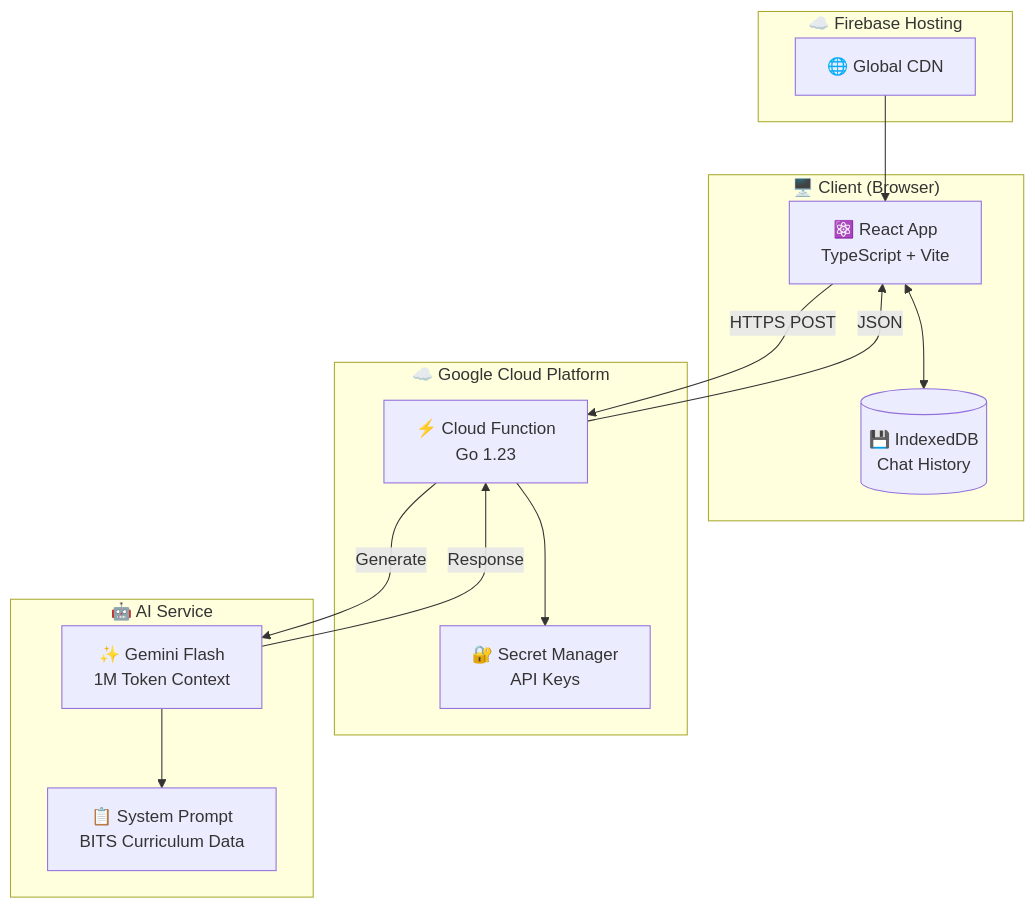
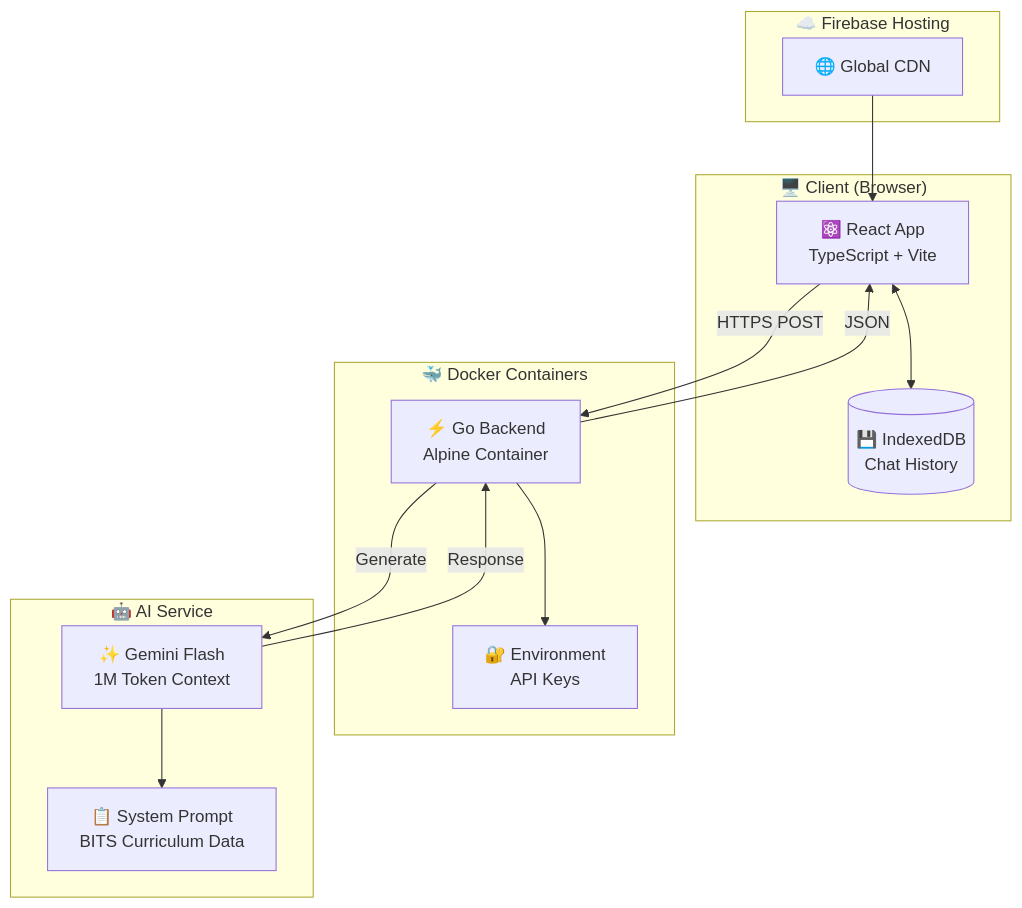
Before and after one commit to Xeze-org/Anie-Ai: the first of 3 diagrams in readme.md, drawn with Mermaid. The commit also changed other lines of this file and 5 other files, not shown here.

````diff
--- a/readme.md
+++ b/readme.md
@@ -172,30 +172,30 @@
 ```mermaid
 flowchart TB
     subgraph Client["🖥️ Client (Browser)"]
         UI["⚛️ React App<br/>TypeScript + Vite"]
         IDB[("💾 IndexedDB<br/>Chat History")]
         UI <--> IDB
     end
     
-    subgraph Firebase["☁️ Firebase Hosting"]
+    subgraph Hosting["☁️ Firebase Hosting"]
         CDN["🌐 Global CDN"]
     end
     
-    subgraph GCP["☁️ Google Cloud Platform"]
-        CF["⚡ Cloud Function<br/>Go 1.23"]
-        SM["🔐 Secret Manager<br/>API Keys"]
-        CF --> SM
+    subgraph Docker["🐳 Docker Containers"]
+        BE["⚡ Go Backend<br/>Alpine Container"]
+        ENV["🔐 Environment<br/>API Keys"]
+        BE --> ENV
     end
     
     subgraph AI["🤖 AI Service"]
         Gemini["✨ Gemini Flash<br/>1M Token Context"]
         SP["📋 System Prompt<br/>BITS Curriculum Data"]
         Gemini --> SP
     end
     
     CDN --> UI
-    UI -->|"HTTPS POST"| CF
-    CF -->|"Generate"| Gemini
-    Gemini -->|"Response"| CF
-    CF -->|"JSON"| UI
+    UI -->|"HTTPS POST"| BE
+    BE -->|"Generate"| Gemini
+    Gemini -->|"Response"| BE
+    BE -->|"JSON"| UI
 ```
````
